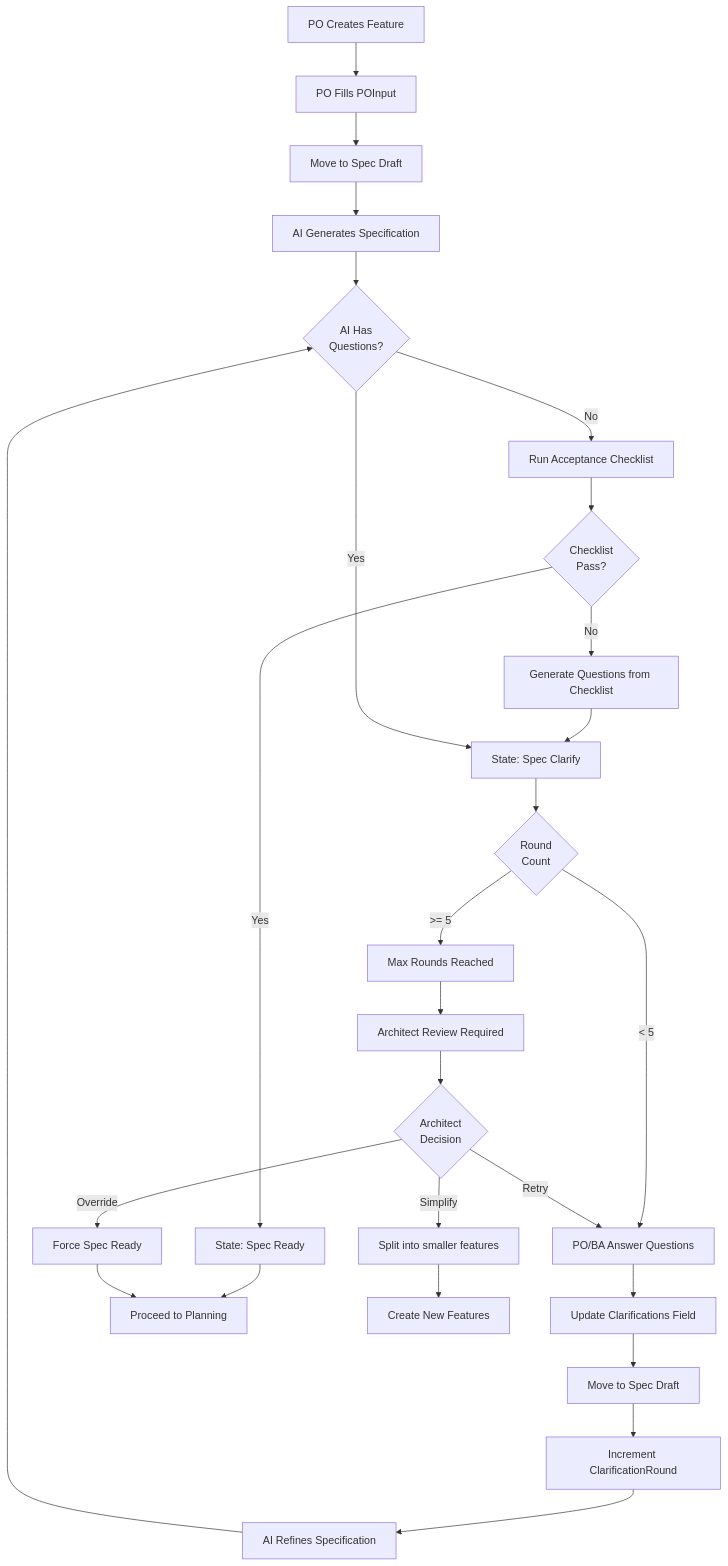
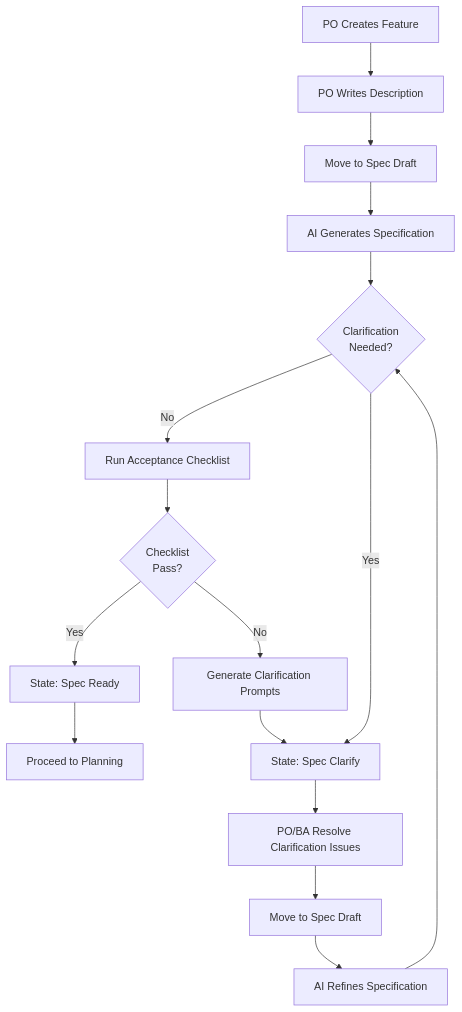
Before and after one commit to agzyamov/ai-native-sdlc: the diagram in docs/diagrams/10-specification-clarification-loop.md, drawn with Mermaid. The commit also changed other lines of this file and 31 other files, not shown here.

First line of the commit message:
chore: archive Copilot workflows, remove generated artifacts, and simplify docs/diagrams

````diff
--- a/docs/diagrams/10-specification-clarification-loop.md
+++ b/docs/diagrams/10-specification-clarification-loop.md
@@ -3,36 +3,23 @@
-::: mermaid
+```mermaid
 flowchart TD
-    Start[PO Creates Feature] --> Input[PO Fills POInput]
+    Start[PO Creates Feature] --> Input[PO Writes Description]
     Input --> SpecDraft[Move to Spec Draft]
     SpecDraft --> AISpec[AI Generates Specification]
-    
-    AISpec --> Questions{AI Has<br/>Questions?}
-    
-    Questions -->|No| Checklist[Run Acceptance Checklist]
+
+    AISpec --> ClarifyNeed{Clarification<br/>Needed?}
+
+    ClarifyNeed -->|No| Checklist[Run Acceptance Checklist]
     Checklist --> CheckPass{Checklist<br/>Pass?}
     CheckPass -->|Yes| SpecReady[State: Spec Ready]
-    CheckPass -->|No| GenQuestions[Generate Questions from Checklist]
-    GenQuestions --> ClarifyState
-    
-    Questions -->|Yes| ClarifyState[State: Spec Clarify]
-    
-    ClarifyState --> CountRound{Round<br/>Count}
-    CountRound -->|< 5| POAnswer[PO/BA Answer Questions]
-    CountRound -->|>= 5| MaxRounds[Max Rounds Reached]
-    
-    MaxRounds --> ArchReview[Architect Review Required]
-    ArchReview --> Decision{Architect<br/>Decision}
-    Decision -->|Simplify| Split[Split into smaller features]
-    Decision -->|Override| ForceReady[Force Spec Ready]
-    Decision -->|Retry| POAnswer
-    
-    POAnswer --> UpdateClar[Update Clarifications Field]
-    UpdateClar --> BackToDraft[Move to Spec Draft]
-    BackToDraft --> IncRound[Increment ClarificationRound]
-    IncRound --> AIRefine[AI Refines Specification]
-    AIRefine --> Questions
-    
+    CheckPass -->|No| GenPrompts[Generate Clarification Prompts]
+    GenPrompts --> ClarifyState
+
+    ClarifyNeed -->|Yes| ClarifyState[State: Spec Clarify]
+
+    ClarifyState --> POAnswer[PO/BA Resolve Clarification Issues]
+    POAnswer --> BackToDraft[Move to Spec Draft]
+    BackToDraft --> AIRefine[AI Refines Specification]
+    AIRefine --> ClarifyNeed
+
     SpecReady --> NextPhase[Proceed to Planning]
-    Split --> End[Create New Features]
-    ForceReady --> NextPhase
-:::
+```
````
